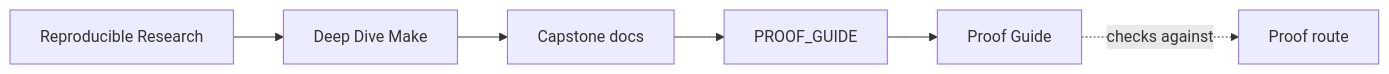
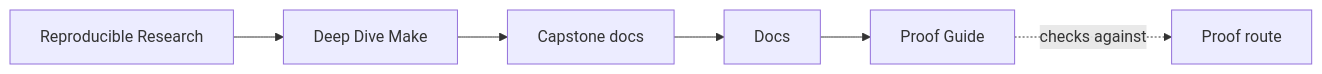
The first of 2 diagrams in programs/reproducible-research/deep-dive-make/capstone/docs/proof-guide.md (bijux/bijux-masterclass), drawn with Mermaid before and after one commit. The commit also changed other lines of this file and 146 other files, not shown here.

````diff
--- a/programs/reproducible-research/deep-dive-make/capstone/docs/proof-guide.md
+++ b/programs/reproducible-research/deep-dive-make/capstone/docs/proof-guide.md
@@ -6,12 +6,12 @@
 ```mermaid
 graph LR
   family["Reproducible Research"]
   program["Deep Dive Make"]
   guide["Capstone docs"]
-  section["PROOF_GUIDE"]
+  section["Docs"]
   page["Proof Guide"]
   proof["Proof route"]
 
   family --> program --> guide --> section --> page
   page -.checks against.-> proof
 ```
````
